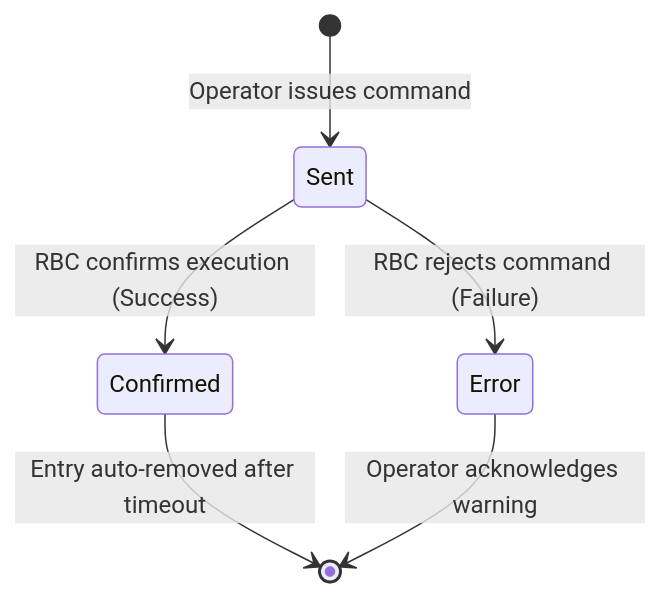
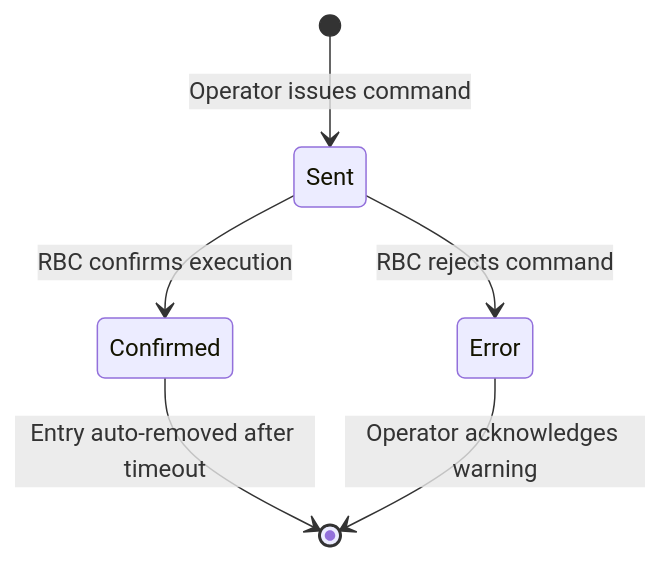
The fourth of 6 diagrams in docs/18-etcs-rbc-ertms-description.md (kamiltrzcinski/symulator), drawn with Mermaid before and after one commit. The commit also changed other lines of this file, not shown here.

````diff
--- a/docs/18-etcs-rbc-ertms-description.md
+++ b/docs/18-etcs-rbc-ertms-description.md
@@ -226,8 +388,8 @@
 ```mermaid
 stateDiagram-v2
     [*] --> Sent : Operator issues command
-    Sent --> Confirmed : RBC confirms execution (Success)
-    Sent --> Error : RBC rejects command (Failure)
+    Sent --> Confirmed : RBC confirms execution
+    Sent --> Error : RBC rejects command
     Confirmed --> [*] : Entry auto-removed after timeout
     Error --> [*] : Operator acknowledges warning
 ```
````
